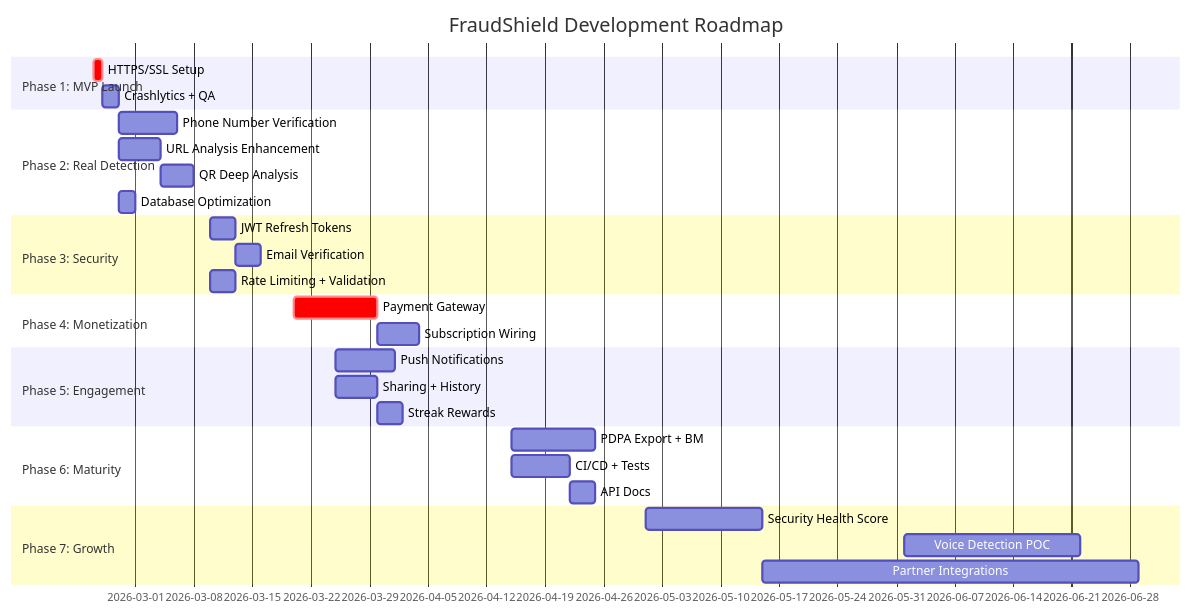
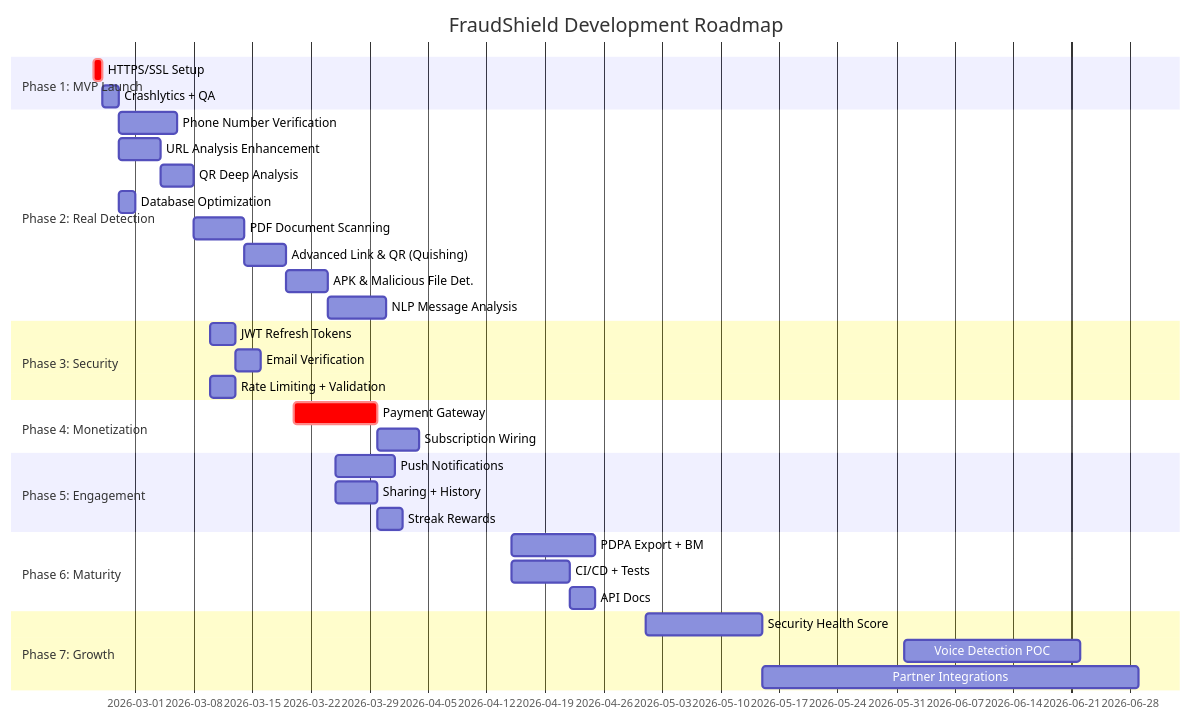
The diagram in core_features_roadmap.md (Najla-Citadel/fraudshield), drawn with Mermaid before and after one commit. The commit also changed other lines of this file and 16 other files, not shown here.

Commit message:
feat: integrate Quishing (Deep Link/QR) and NLP Message Analysis features

````diff
--- a/core_features_roadmap.md
+++ b/core_features_roadmap.md
@@ -184,39 +218,43 @@
 ```mermaid
 gantt
     title FraudShield Development Roadmap
     dateFormat YYYY-MM-DD
     
     section Phase 1: MVP Launch
     HTTPS/SSL Setup              :crit, p1a, 2026-02-24, 1d
     Crashlytics + QA             :p1b, after p1a, 2d
     
     section Phase 2: Real Detection
     Phone Number Verification    :p2a, 2026-02-27, 7d
     URL Analysis Enhancement     :p2b, 2026-02-27, 5d
     QR Deep Analysis             :p2c, 2026-03-04, 4d
     Database Optimization        :p2d, 2026-02-27, 2d
+    PDF Document Scanning        :p2e, 2026-03-08, 6d
+    Advanced Link & QR (Quishing):p2f, 2026-03-14, 5d
+    APK & Malicious File Det.    :p2g, 2026-03-19, 5d
+    NLP Message Analysis         :p2h, 2026-03-24, 7d
     
     section Phase 3: Security
     JWT Refresh Tokens           :p3a, 2026-03-10, 3d
     Email Verification           :p3b, after p3a, 3d
     Rate Limiting + Validation   :p3c, 2026-03-10, 3d
     
     section Phase 4: Monetization
     Payment Gateway              :crit, p4a, 2026-03-20, 10d
     Subscription Wiring          :p4b, after p4a, 5d
     
     section Phase 5: Engagement
     Push Notifications           :p5a, 2026-03-25, 7d
     Sharing + History            :p5b, 2026-03-25, 5d
     Streak Rewards               :p5c, after p5b, 3d
     
     section Phase 6: Maturity
     PDPA Export + BM             :p6a, 2026-04-15, 10d
     CI/CD + Tests                :p6b, 2026-04-15, 7d
     API Docs                     :p6c, after p6b, 3d
     
     section Phase 7: Growth
     Security Health Score        :p7a, 2026-05-01, 14d
     Voice Detection POC          :p7b, 2026-06-01, 21d
     Partner Integrations         :p7c, 2026-05-15, 45d
 ```
````
